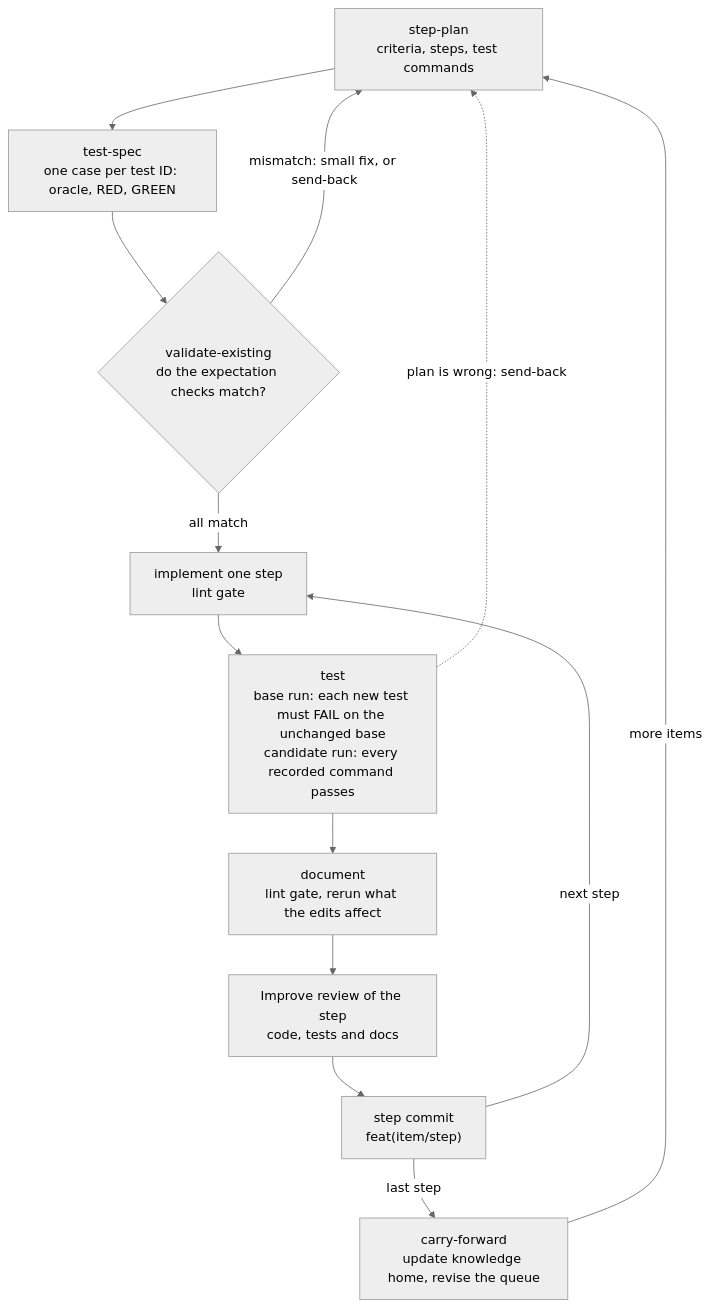
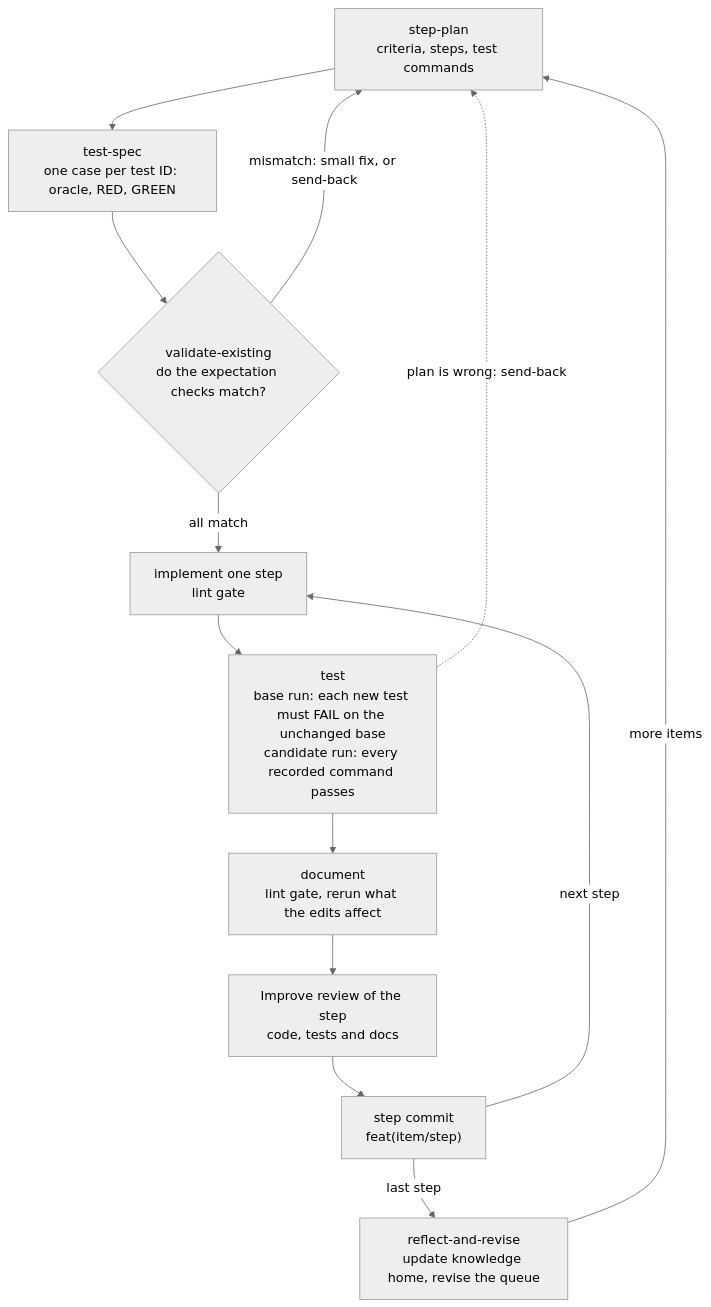
The fourth of 16 diagrams in plugins/skill-craft/skills/shiploop/README.md (whichguy/skill-craft), drawn with Mermaid (neutral theme) before and after one commit. The commit also changed other lines of this file and 58 other files, not shown here.

````diff
--- a/plugins/skill-craft/skills/shiploop/README.md
+++ b/plugins/skill-craft/skills/shiploop/README.md
@@ -186,15 +186,15 @@
 ```mermaid
 flowchart TD
   SP["step-plan<br/>criteria, steps, test commands"] --> TS["test-spec<br/>one case per test ID: oracle, RED, GREEN"]
   TS --> VE{"validate-existing<br/>do the expectation checks match?"}
   VE -- "all match" --> IM
   VE -- "mismatch: small fix, or send-back" --> SP
   IM["implement one step<br/>lint gate"] --> TE
   TE["test<br/>base run: each new test must FAIL on the unchanged base<br/>candidate run: every recorded command passes"] --> DOC
   DOC["document<br/>lint gate, rerun what the edits affect"] --> IMP
   IMP["Improve review of the step<br/>code, tests and docs"] --> COMMIT
   COMMIT["step commit<br/>feat(item/step)"] -- "next step" --> IM
-  COMMIT -- "last step" --> CF["carry-forward<br/>update knowledge home, revise the queue"]
+  COMMIT -- "last step" --> CF["reflect-and-revise<br/>update knowledge home, revise the queue"]
   CF -- "more items" --> SP
   TE -. "plan is wrong: send-back" .-> SP
 ```
````
